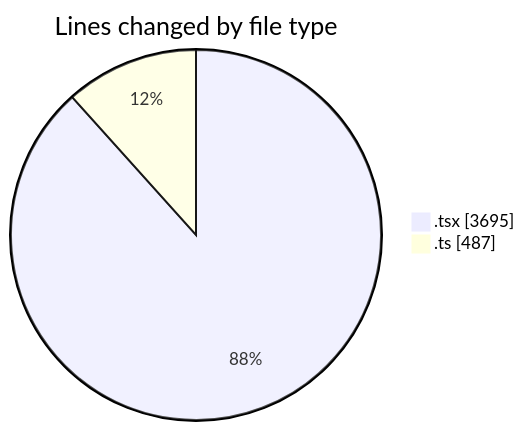
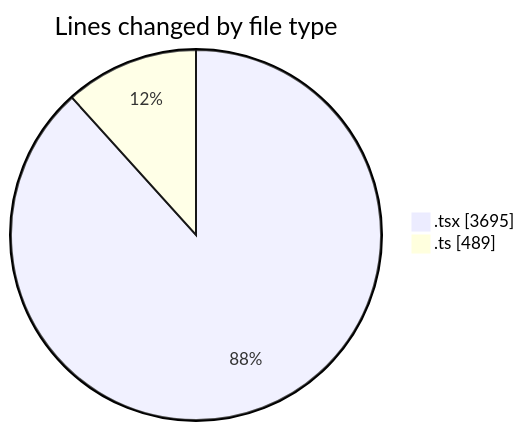
The first of 2 diagrams in 2026-03-31/nxtqube_webapp/README.md (nxtqubesakshisongat/code-tracking), drawn with Mermaid before and after one commit. The commit also changed other lines of this file and 1 other file, not shown here.

````diff
--- a/2026-03-31/nxtqube_webapp/README.md
+++ b/2026-03-31/nxtqube_webapp/README.md
@@ -23,6 +23,6 @@
 ```mermaid
 pie showData
 title Lines changed by file type
 ".tsx" : 3695
-".ts" : 487
+".ts" : 489
 ```
````
